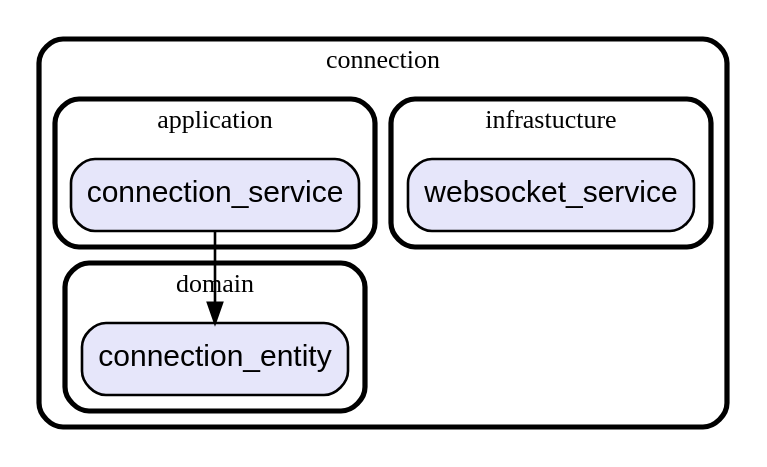
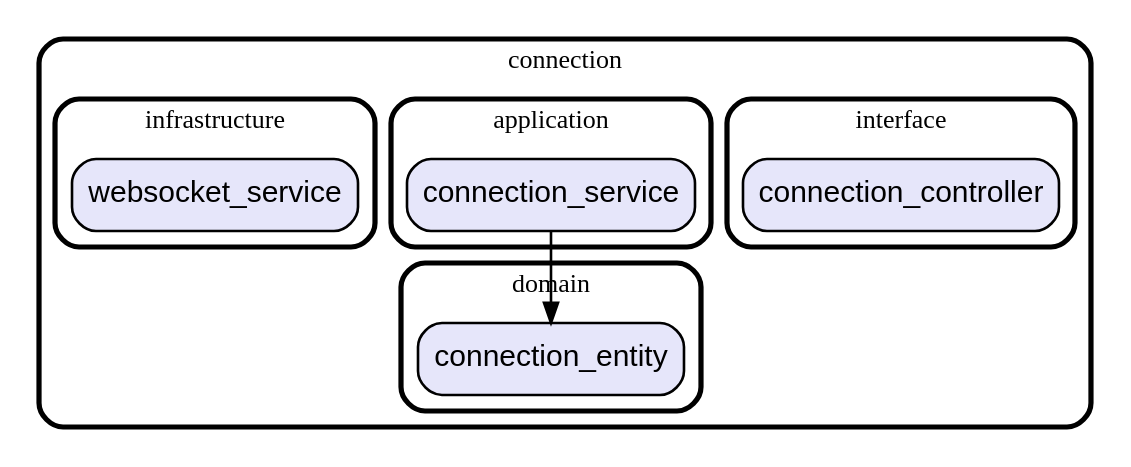
Before and after one commit to gev/reacthome-mobile: the diagram in graph/lib/features/connection.dot, drawn with Graphviz. The commit also changed 19 other files, not shown here.

Commit message:
update dependencies graph

```diff
--- a/graph/lib/features/connection.dot
+++ b/graph/lib/features/connection.dot
@@ -1,24 +1,29 @@
 digraph "" {
   graph [style=rounded fontname="Arial Black" fontsize=13 penwidth=2.6];
   node [shape=rect style="filled,rounded" fontname=Arial fontsize=15 fillcolor=Lavender penwidth=1.3];
   edge [penwidth=1.3];
-  "/infrastucture/websocket_service.dart" [label="websocket_service"];
+  "/interface/connection_controller.dart" [label="connection_controller"];
   "/application/connection_service.dart" [label="connection_service"];
+  "/infrastructure/websocket_service.dart" [label="websocket_service"];
   "/domain/connection_entity.dart" [label="connection_entity"];
   subgraph "cluster~" {
     label="connection";
-    subgraph "cluster~/infrastucture" {
-      label="infrastucture";
-      "/infrastucture/websocket_service.dart";
+    subgraph "cluster~/interface" {
+      label="interface";
+      "/interface/connection_controller.dart";
     }
     subgraph "cluster~/application" {
       label="application";
       "/application/connection_service.dart";
+    }
+    subgraph "cluster~/infrastructure" {
+      label="infrastructure";
+      "/infrastructure/websocket_service.dart";
     }
     subgraph "cluster~/domain" {
       label="domain";
       "/domain/connection_entity.dart";
     }
   }
   "/application/connection_service.dart" -> "/domain/connection_entity.dart";
 }
```
